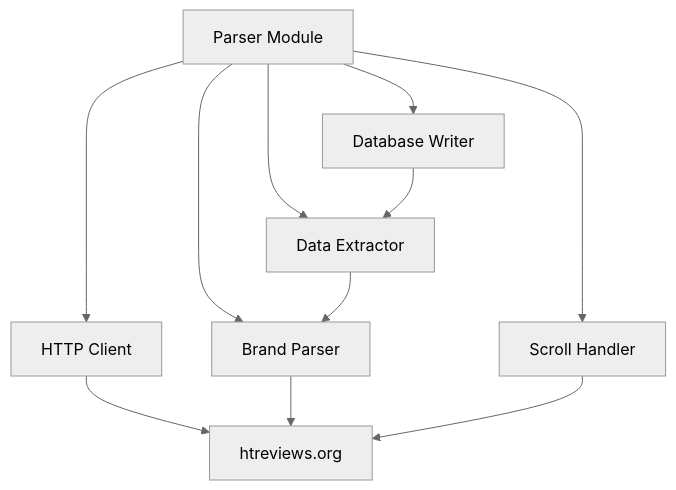
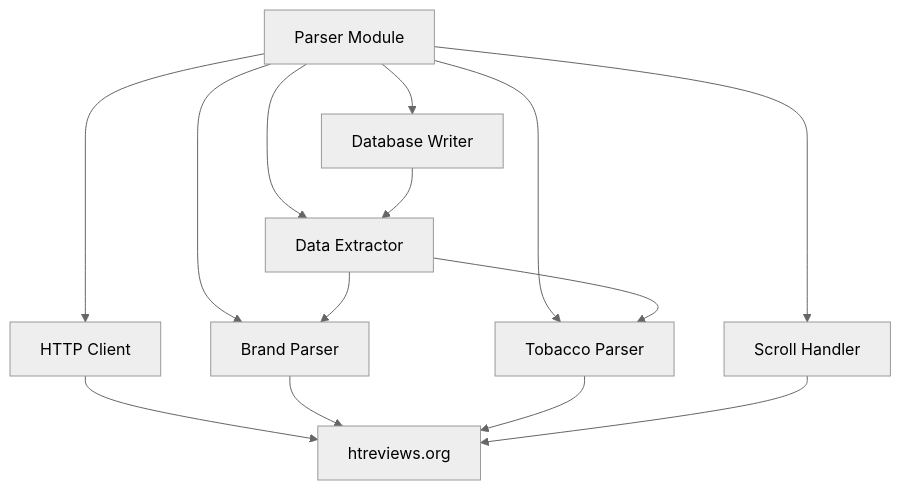
Before and after one commit to Zenderg/hookah-db: the diagram in docs/modules/parser.md, drawn with Mermaid (neutral theme). The commit also changed other lines of this file and 3 other files, not shown here.

````diff
--- a/docs/modules/parser.md
+++ b/docs/modules/parser.md
@@ -9,15 +9,18 @@
 ```mermaid
 graph TB
     A[Parser Module] --> B[HTTP Client]
     A --> C[Brand Parser]
-    A --> D[Scroll Handler]
-    A --> E[Data Extractor]
-    A --> F[Database Writer]
+    A --> D[Tobacco Parser]
+    A --> E[Scroll Handler]
+    A --> F[Data Extractor]
+    A --> G[Database Writer]
     
-    B --> G[htreviews.org]
-    C --> G
-    D --> G
+    B --> H[htreviews.org]
+    C --> H
+    D --> H
+    E --> H
     
-    E --> C
-    F --> E
+    F --> C
+    F --> D
+    G --> F
 ```
````
